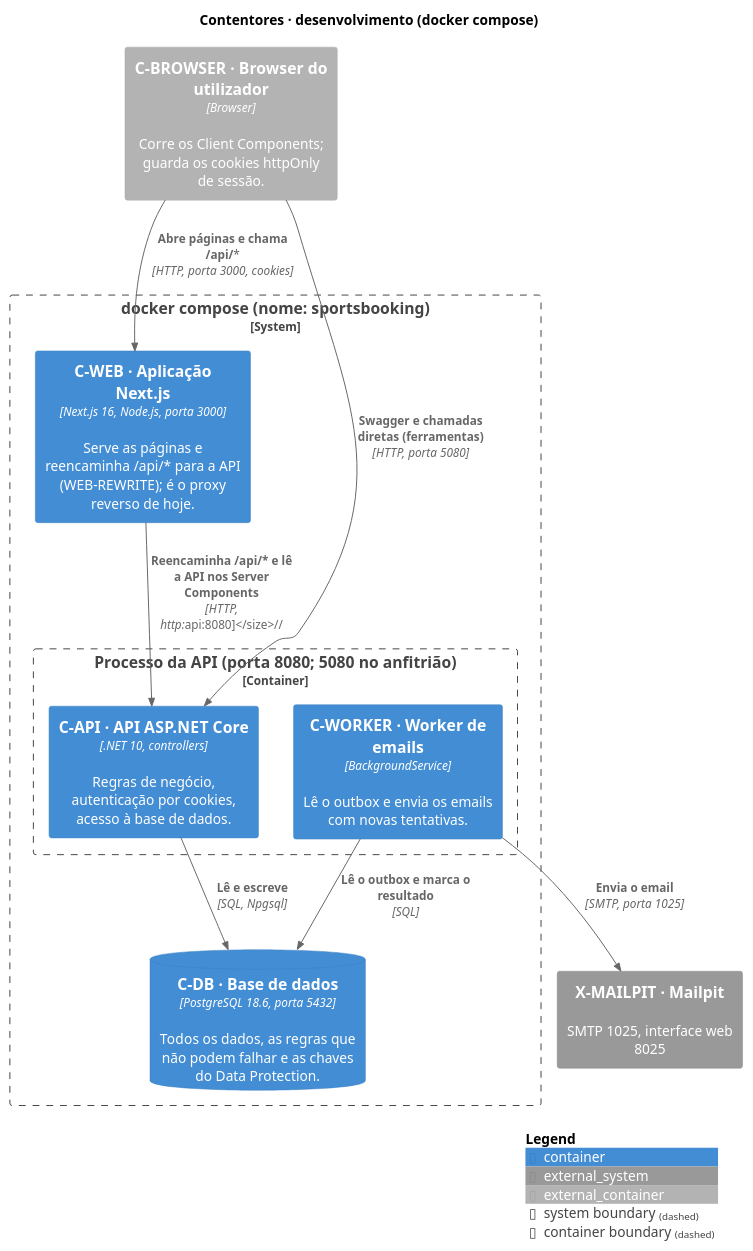
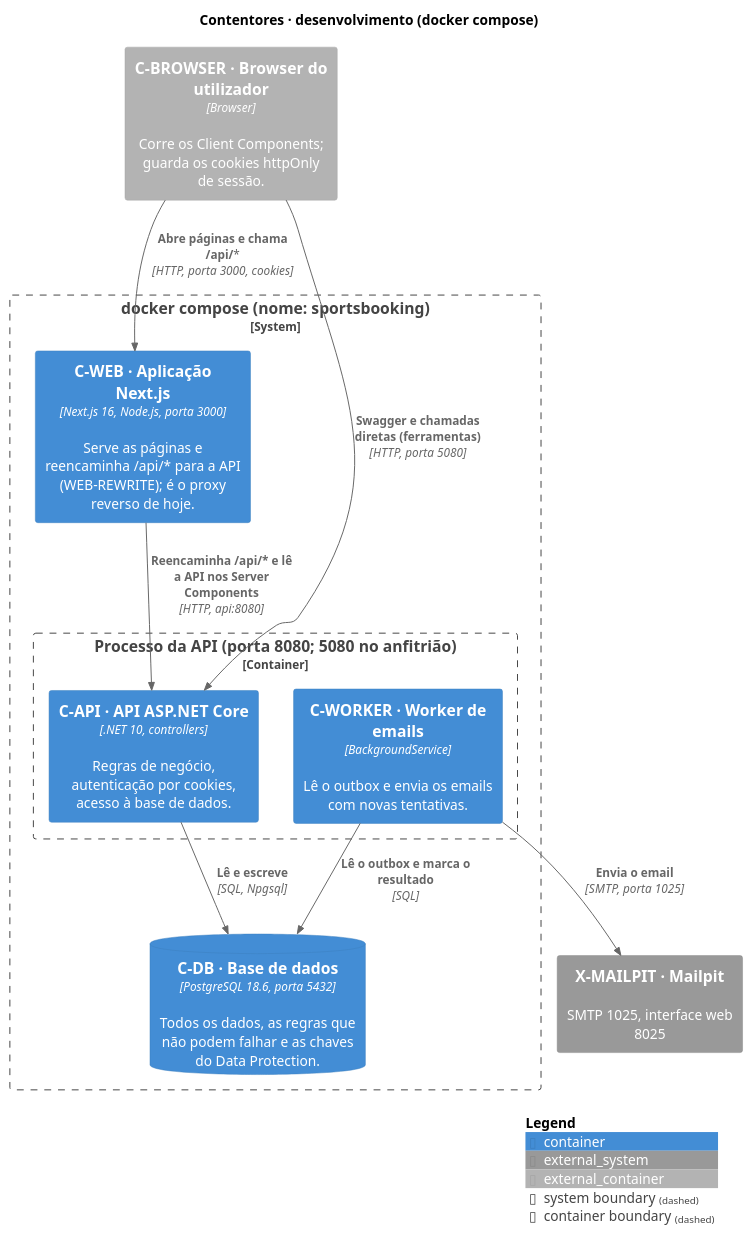
One commit to rodrigo4sousa/SportsEstablishments changed the diagram in docs/architecture/diagrams/02-containers-dev.puml. Above: the diagram before and after it, drawn with PlantUML. The commit also changed 8 other files, not shown here.

Commit message:
docs(architecture): fix AGENTS.md and backlog drifts, branch protection notes, inventory entry and the C4 dev arrow label

```diff
--- a/docs/architecture/diagrams/02-containers-dev.puml
+++ b/docs/architecture/diagrams/02-containers-dev.puml
@@ -2,30 +2,30 @@
 @startuml 02-containers-dev
 !include <C4/C4_Container>
 
 title Contentores · desenvolvimento (docker compose)
 
 LAYOUT_TOP_DOWN()
 HIDE_STEREOTYPE()
 
 Container_Ext(C_BROWSER, "C-BROWSER · Browser do utilizador", "Browser", "Corre os Client Components; guarda os cookies httpOnly de sessão.")
 
 System_Boundary(COMPOSE, "docker compose (nome: sportsbooking)") {
   Container(C_WEB, "C-WEB · Aplicação Next.js", "Next.js 16, Node.js, porta 3000", "Serve as páginas e reencaminha /api/* para a API (WEB-REWRITE); é o proxy reverso de hoje.")
   Container_Boundary(B_API, "Processo da API (porta 8080; 5080 no anfitrião)") {
     Container(C_API, "C-API · API ASP.NET Core", ".NET 10, controllers", "Regras de negócio, autenticação por cookies, acesso à base de dados.")
     Container(C_WORKER, "C-WORKER · Worker de emails", "BackgroundService", "Lê o outbox e envia os emails com novas tentativas.")
   }
   ContainerDb(C_DB, "C-DB · Base de dados", "PostgreSQL 18.6, porta 5432", "Todos os dados, as regras que não podem falhar e as chaves do Data Protection.")
 }
 
 System_Ext(X_MAILPIT, "X-MAILPIT · Mailpit", "SMTP 1025, interface web 8025")
 
 Rel(C_BROWSER, C_WEB, "Abre páginas e chama /api/*", "HTTP, porta 3000, cookies")
-Rel(C_WEB, C_API, "Reencaminha /api/* e lê a API nos Server Components", "HTTP, http://api:8080")
+Rel(C_WEB, C_API, "Reencaminha /api/* e lê a API nos Server Components", "HTTP, api:8080")
 Rel(C_BROWSER, C_API, "Swagger e chamadas diretas (ferramentas)", "HTTP, porta 5080")
 Rel(C_API, C_DB, "Lê e escreve", "SQL, Npgsql")
 Rel(C_WORKER, C_DB, "Lê o outbox e marca o resultado", "SQL")
 Rel(C_WORKER, X_MAILPIT, "Envia o email", "SMTP, porta 1025")
 
 SHOW_LEGEND()
 @enduml
```
